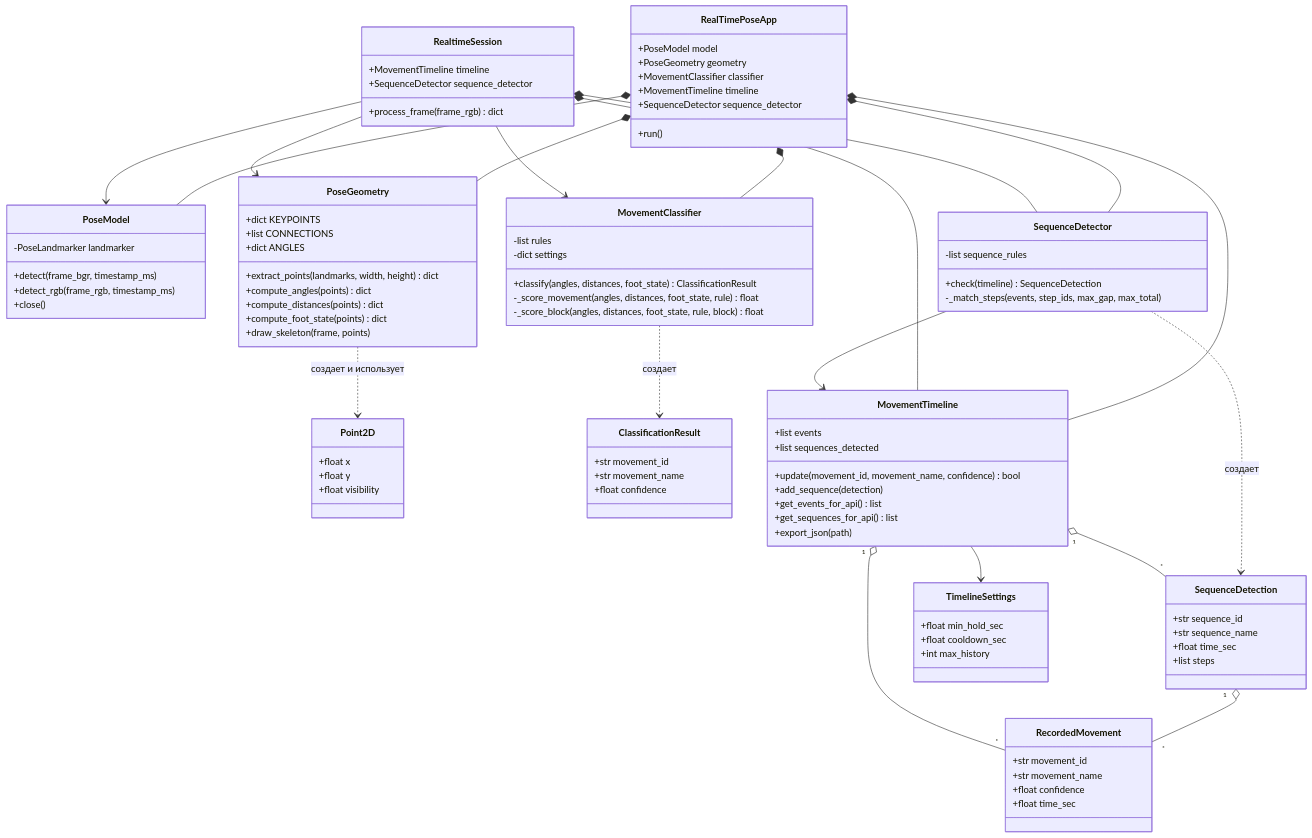
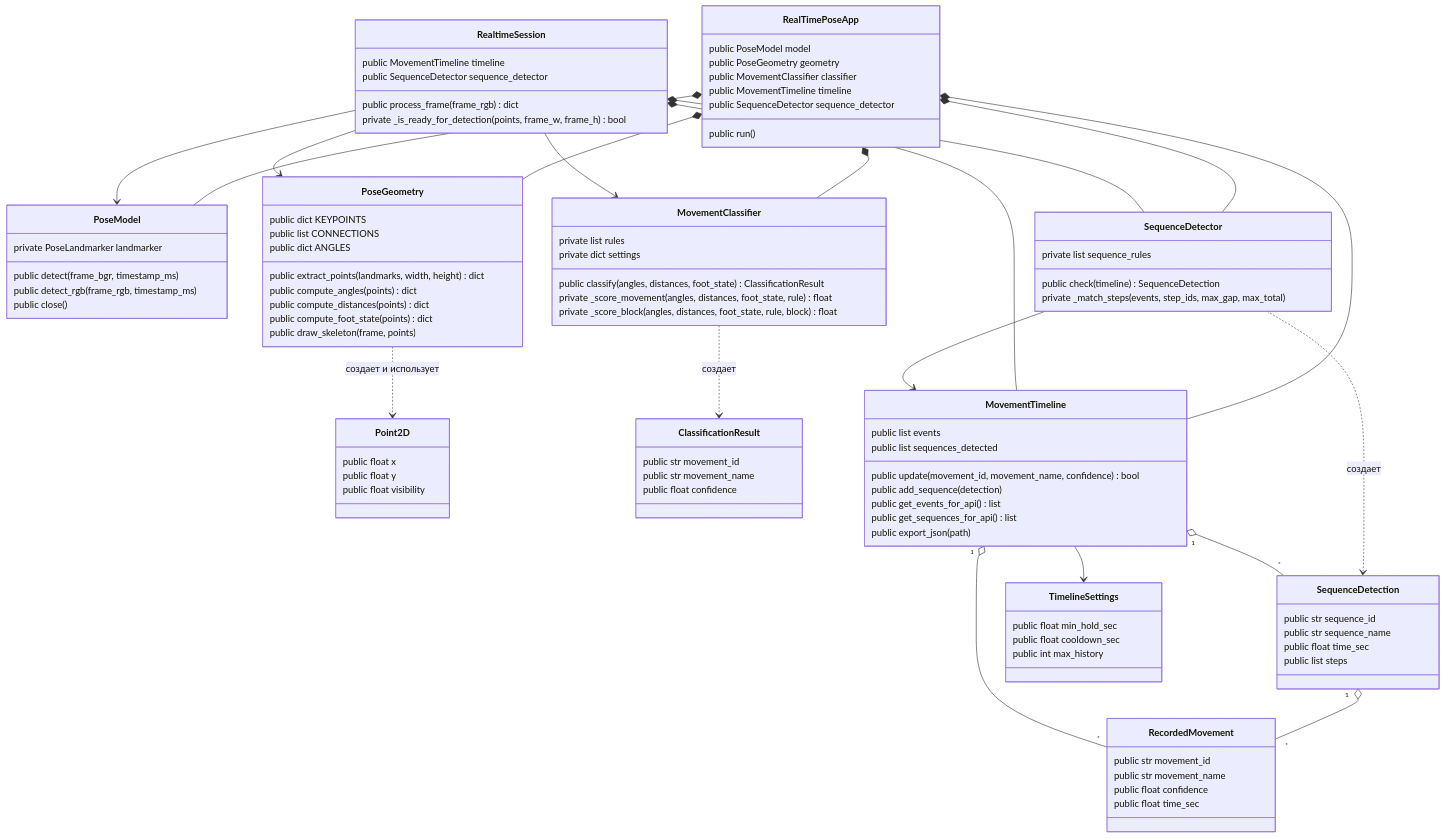
Before and after one commit to uralovaelizaveta-art/project: the third of 7 diagrams in docs/UML.md, drawn with Mermaid. The commit also changed other lines of this file and 2 other files, not shown here.

````diff
--- a/docs/UML.md
+++ b/docs/UML.md
@@ -119,92 +152,93 @@
 ```mermaid
 classDiagram
     class Point2D {
-        +float x
-        +float y
-        +float visibility
+        public float x
+        public float y
+        public float visibility
     }
 
     class PoseModel {
-        -PoseLandmarker landmarker
-        +detect(frame_bgr, timestamp_ms)
-        +detect_rgb(frame_rgb, timestamp_ms)
-        +close()
+        private PoseLandmarker landmarker
+        public detect(frame_bgr, timestamp_ms)
+        public detect_rgb(frame_rgb, timestamp_ms)
+        public close()
     }
 
     class PoseGeometry {
-        +dict KEYPOINTS
-        +list CONNECTIONS
-        +dict ANGLES
-        +extract_points(landmarks, width, height) dict
-        +compute_angles(points) dict
-        +compute_distances(points) dict
-        +compute_foot_state(points) dict
-        +draw_skeleton(frame, points)
+        public dict KEYPOINTS
+        public list CONNECTIONS
+        public dict ANGLES
+        public extract_points(landmarks, width, height) dict
+        public compute_angles(points) dict
+        public compute_distances(points) dict
+        public compute_foot_state(points) dict
+        public draw_skeleton(frame, points)
     }
 
     class ClassificationResult {
-        +str movement_id
-        +str movement_name
-        +float confidence
+        public str movement_id
+        public str movement_name
+        public float confidence
     }
 
     class MovementClassifier {
-        -list rules
-        -dict settings
-        +classify(angles, distances, foot_state) ClassificationResult
-        -_score_movement(angles, distances, foot_state, rule) float
-        -_score_block(angles, distances, foot_state, rule, block) float
+        private list rules
+        private dict settings
+        public classify(angles, distances, foot_state) ClassificationResult
+        private _score_movement(angles, distances, foot_state, rule) float
+        private _score_block(angles, distances, foot_state, rule, block) float
     }
 
     class RecordedMovement {
-        +str movement_id
-        +str movement_name
-        +float confidence
-        +float time_sec
+        public str movement_id
+        public str movement_name
+        public float confidence
+        public float time_sec
     }
 
     class SequenceDetection {
-        +str sequence_id
-        +str sequence_name
-        +float time_sec
-        +list steps
+        public str sequence_id
+        public str sequence_name
+        public float time_sec
+        public list steps
     }
 
     class TimelineSettings {
-        +float min_hold_sec
-        +float cooldown_sec
-        +int max_history
+        public float min_hold_sec
+        public float cooldown_sec
+        public int max_history
     }
 
     class MovementTimeline {
-        +list events
-        +list sequences_detected
-        +update(movement_id, movement_name, confidence) bool
-        +add_sequence(detection)
-        +get_events_for_api() list
-        +get_sequences_for_api() list
-        +export_json(path)
+        public list events
+        public list sequences_detected
+        public update(movement_id, movement_name, confidence) bool
+        public add_sequence(detection)
+        public get_events_for_api() list
+        public get_sequences_for_api() list
+        public export_json(path)
     }
 
     class SequenceDetector {
-        -list sequence_rules
-        +check(timeline) SequenceDetection
-        -_match_steps(events, step_ids, max_gap, max_total)
+        private list sequence_rules
+        public check(timeline) SequenceDetection
+        private _match_steps(events, step_ids, max_gap, max_total)
     }
 
     class RealtimeSession {
-        +MovementTimeline timeline
-        +SequenceDetector sequence_detector
-        +process_frame(frame_rgb) dict
+        public MovementTimeline timeline
+        public SequenceDetector sequence_detector
+        public process_frame(frame_rgb) dict
+        private _is_ready_for_detection(points, frame_w, frame_h) bool
     }
 
     class RealTimePoseApp {
-        +PoseModel model
-        +PoseGeometry geometry
-        +MovementClassifier classifier
-        +MovementTimeline timeline
-        +SequenceDetector sequence_detector
-        +run()
+        public PoseModel model
+        public PoseGeometry geometry
+        public MovementClassifier classifier
+        public MovementTimeline timeline
+        public SequenceDetector sequence_detector
+        public run()
     }
 
     PoseGeometry ..> Point2D : создает и использует
````
